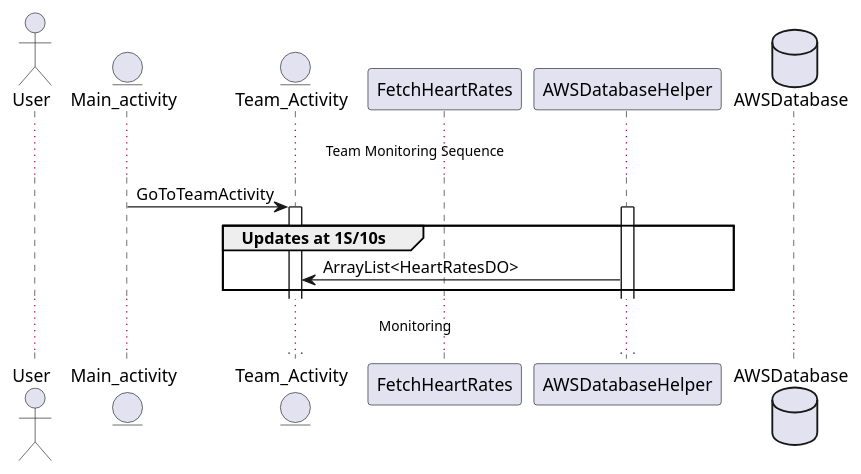
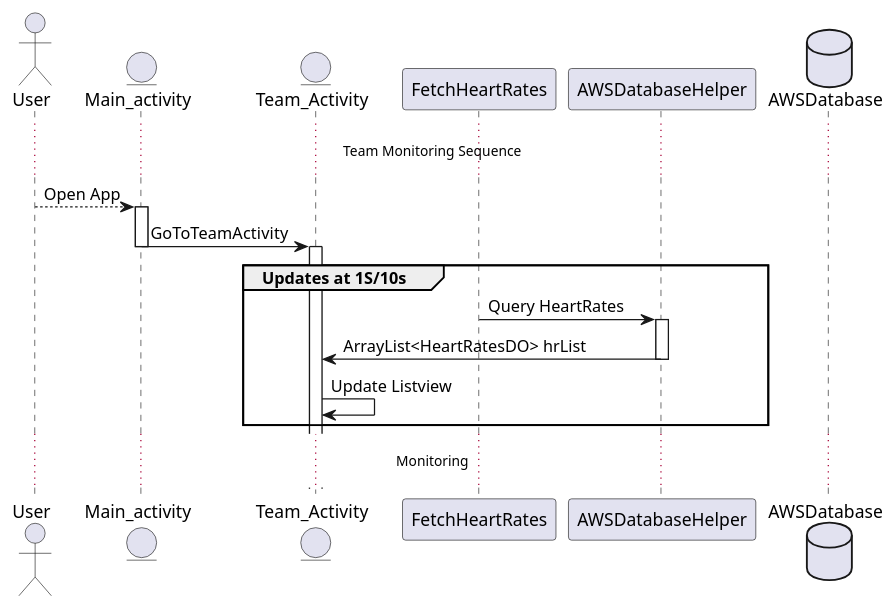
Before and after one commit to kgehmlich/coen390-team-d: the diagram in docs/SequenceDiagramTeamMonitoring.puml, drawn with PlantUML. The commit also changed 256 other files, not shown here.

Commit message:
Team Monitoring Sequenc Diagram updated

```diff
--- a/docs/SequenceDiagramTeamMonitoring.puml
+++ b/docs/SequenceDiagramTeamMonitoring.puml
@@ -1,20 +1,24 @@
 @startuml
 actor User
 entity Main_activity
 entity Team_Activity
 participant FetchHeartRates
 participant AWSDatabaseHelper
 database AWSDatabase
 
 ... Team Monitoring Sequence ...
 
+User --> Main_activity : Open App
+activate Main_activity
 Main_activity -> Team_Activity : GoToTeamActivity
 deactivate Main_activity
 activate Team_Activity
 group Updates at 1S/10s
+FetchHeartRates -> AWSDatabaseHelper : Query HeartRates
 activate AWSDatabaseHelper
+AWSDatabaseHelper -> Team_Activity : ArrayList<HeartRatesDO> hrList
 deactivate AWSDatabaseHelper
-AWSDatabaseHelper -> Team_Activity : ArrayList<HeartRatesDO>
+Team_Activity -> Team_Activity : Update Listview
 end
 ... Monitoring ...
 @enduml
```
